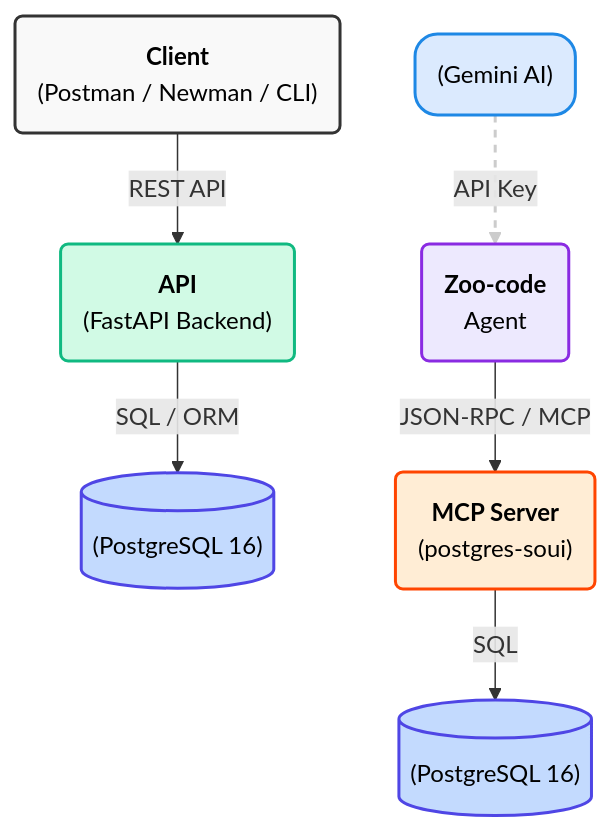
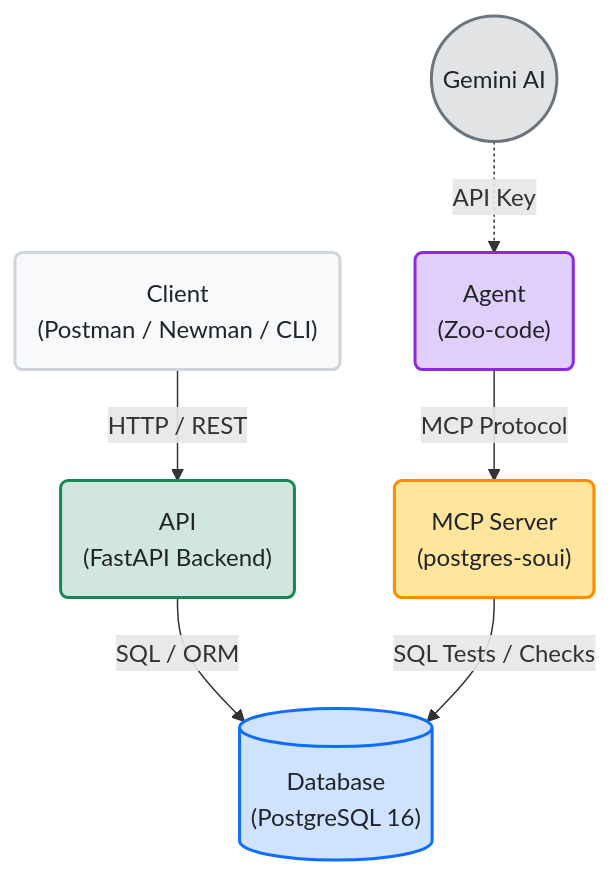
Before and after one commit to stasmeh/soui-qa-automation-hub: the diagram in README.md, drawn with Mermaid.

Commit message:
Added Checklist

````diff
--- a/README.md
+++ b/README.md
@@ -20,31 +20,28 @@
 ```mermaid
 graph TD
-    %% Определение узлов с использованием HTML-тегов для стилизации текста
-    Client("<b>Client</b><br/>(Postman / Newman / CLI)")
-    API("<b>API</b><br/>(FastAPI Backend)")
-    DB1[("(PostgreSQL 16)")]
-    DB2[("(PostgreSQL 16)")]
-    LLM("(Gemini AI)")
-    Agent("<b>Zoo-code</b><br/>Agent")
-    MCP("<b>MCP Server</b><br/>(postgres-soui)")
+    %% Определение узлов
+    Client("Client<br/>(Postman / Newman / CLI)")
+    API("API<br/>(FastAPI Backend)")
+    DB[("Database<br/>(PostgreSQL 16)")]
+    
+    LLM(("Gemini AI"))
+    Agent("Agent<br/>(Zoo-code)")
+    MCP("MCP Server<br/>(postgres-soui)")
 
-    %% Определение связей
-    Client -->|REST API| API
-    API -->|SQL / ORM| DB1
+    %% Определение связей (всё сходится к единой БД)
+    Client -->|HTTP / REST| API
+    API -->|SQL / ORM| DB
     
-    LLM -.->|API Key| Agent
-    Agent -->|JSON-RPC / MCP| MCP
-    MCP -->|SQL| DB2
+    LLM -. API Key .-> Agent
+    Agent -->|MCP Protocol| MCP
+    MCP -->|SQL Tests / Checks| DB
 
-    %% Стилизация узлов и стрелок
-    linkStyle 2 stroke:#ccc,stroke-width:2px,stroke-dasharray: 5 5;
+    %% Стилизация узлов (мягкие цвета для лучшей читаемости)
+    style Client fill:#f8f9fa,stroke:#ced4da,stroke-width:2px,color:#212529
+    style API fill:#d1e7dd,stroke:#198754,stroke-width:2px,color:#212529
+    style DB fill:#cfe2ff,stroke:#0d6efd,stroke-width:2px,color:#212529
     
-    style Client fill:#f9f9f9,stroke:#333,stroke-width:2px,color:black
-    style API fill:#D1FAE5,stroke:#10B981,stroke-width:2px,color:black,stroke-radius: 5px
-    style DB1 fill:#C3DAFE,stroke:#4F46E5,stroke-width:2px,color:black
-    style DB2 fill:#C3DAFE,stroke:#4F46E5,stroke-width:2px,color:black
-    
-    style LLM fill:#DBEAFE,stroke:#1E88E5,stroke-width:2px,rx:15,ry:15,color:black
-    style Agent fill:#EDE9FE,stroke:#8A2BE2,stroke-width:2px,color:black
-    style MCP fill:#FFEDD5,stroke:#FF4500,stroke-width:2px,color:black
+    style LLM fill:#e2e3e5,stroke:#6c757d,stroke-width:2px,color:#212529
+    style Agent fill:#e0cffc,stroke:#8a2be2,stroke-width:2px,color:#212529
+    style MCP fill:#ffe69c,stroke:#ff8c00,stroke-width:2px,color:#212529
 ```
````
